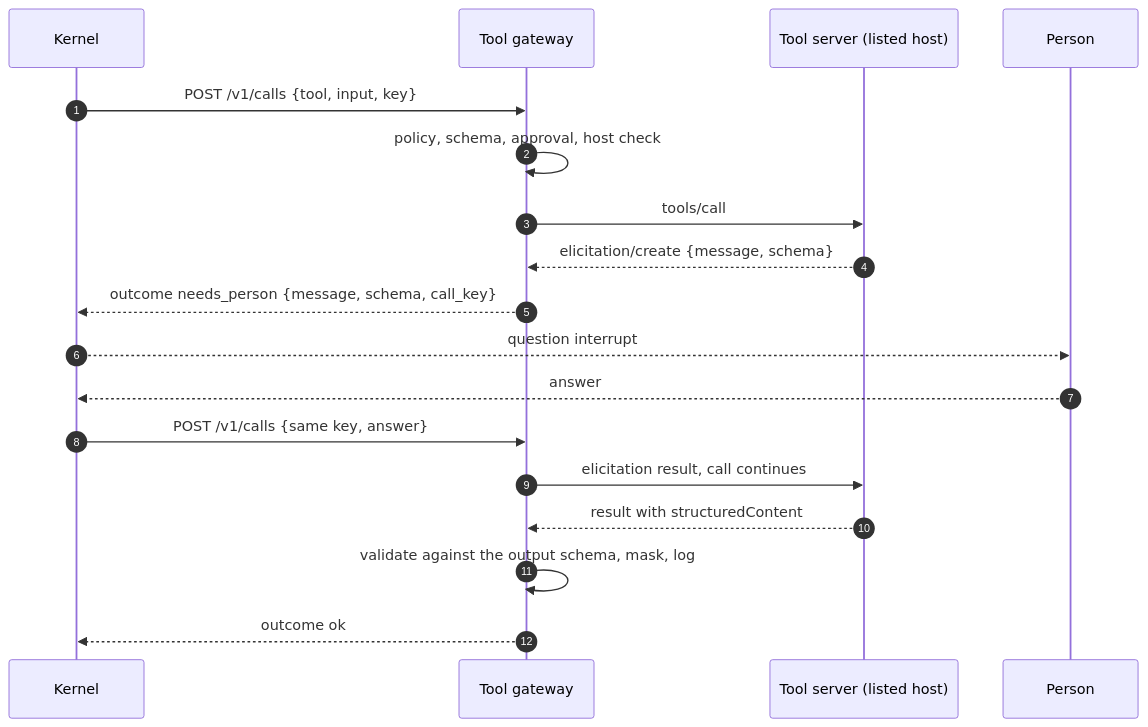
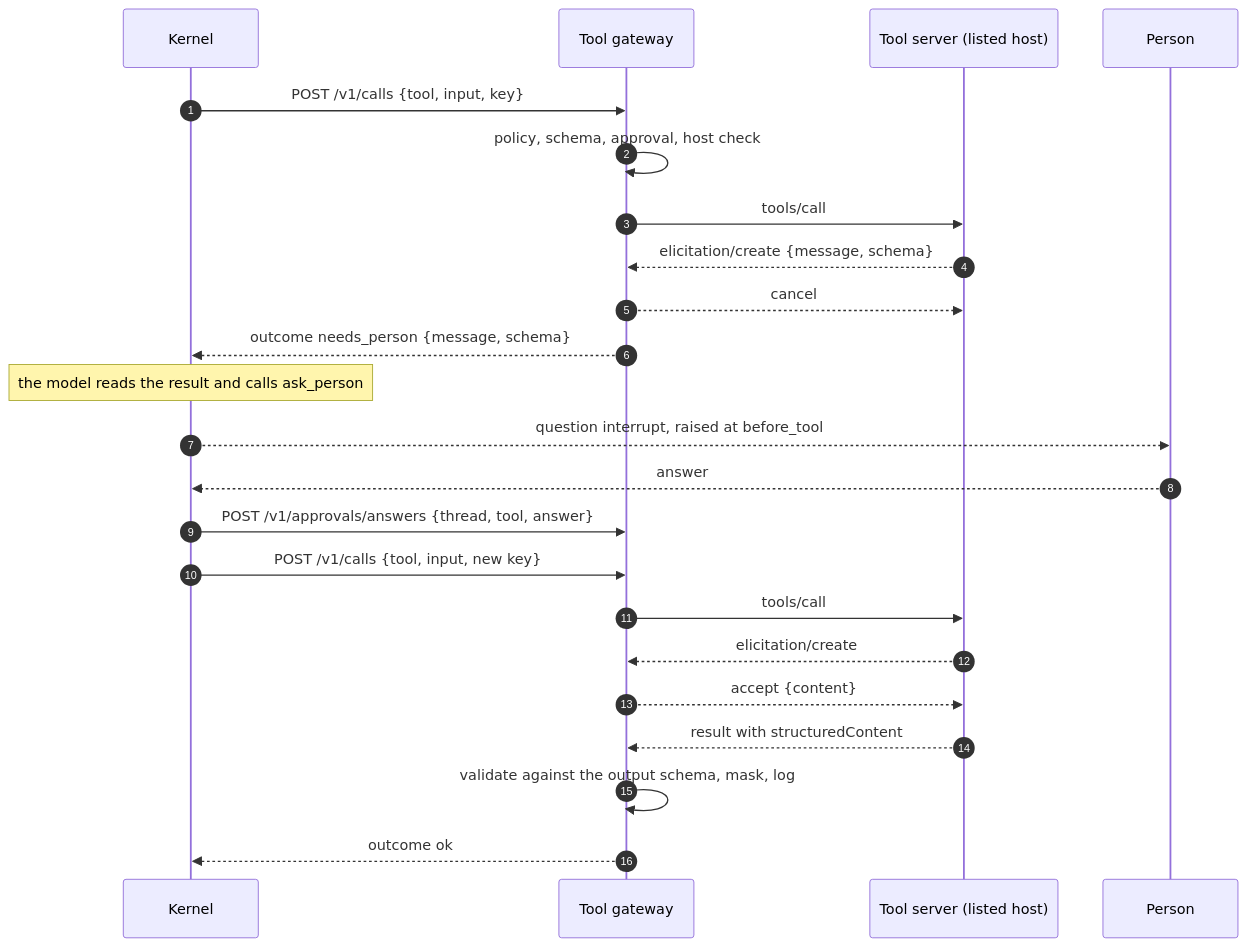
Before and after one commit to chanl-ai/ops-ai: the first of 2 diagrams in docs/design/agents-v2/tool-gateway.md, drawn with Mermaid. The commit also changed other lines of this file and 20 other files, not shown here.

````diff
--- a/docs/design/agents-v2/tool-gateway.md
+++ b/docs/design/agents-v2/tool-gateway.md
@@ -150,20 +162,25 @@
 ```mermaid
 sequenceDiagram
     autonumber
     participant K as Kernel
     participant G as Tool gateway
     participant S as Tool server (listed host)
     participant P as Person
     K->>G: POST /v1/calls {tool, input, key}
     G->>G: policy, schema, approval, host check
     G->>S: tools/call
     S-->>G: elicitation/create {message, schema}
-    G-->>K: outcome needs_person {message, schema, call_key}
-    K-->>P: question interrupt
+    G-->>S: cancel
+    G-->>K: outcome needs_person {message, schema}
+    Note over K: the model reads the result and calls ask_person
+    K-->>P: question interrupt, raised at before_tool
     P-->>K: answer
-    K->>G: POST /v1/calls {same key, answer}
-    G->>S: elicitation result, call continues
+    K->>G: POST /v1/approvals/answers {thread, tool, answer}
+    K->>G: POST /v1/calls {tool, input, new key}
+    G->>S: tools/call
+    S-->>G: elicitation/create
+    G-->>S: accept {content}
     S-->>G: result with structuredContent
     G->>G: validate against the output schema, mask, log
     G-->>K: outcome ok
 ```
````
